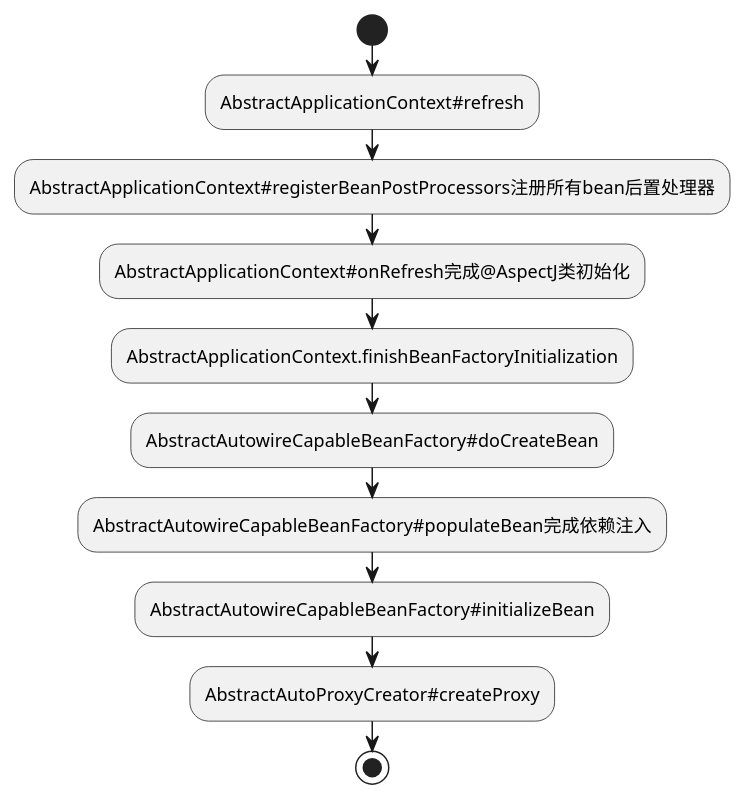
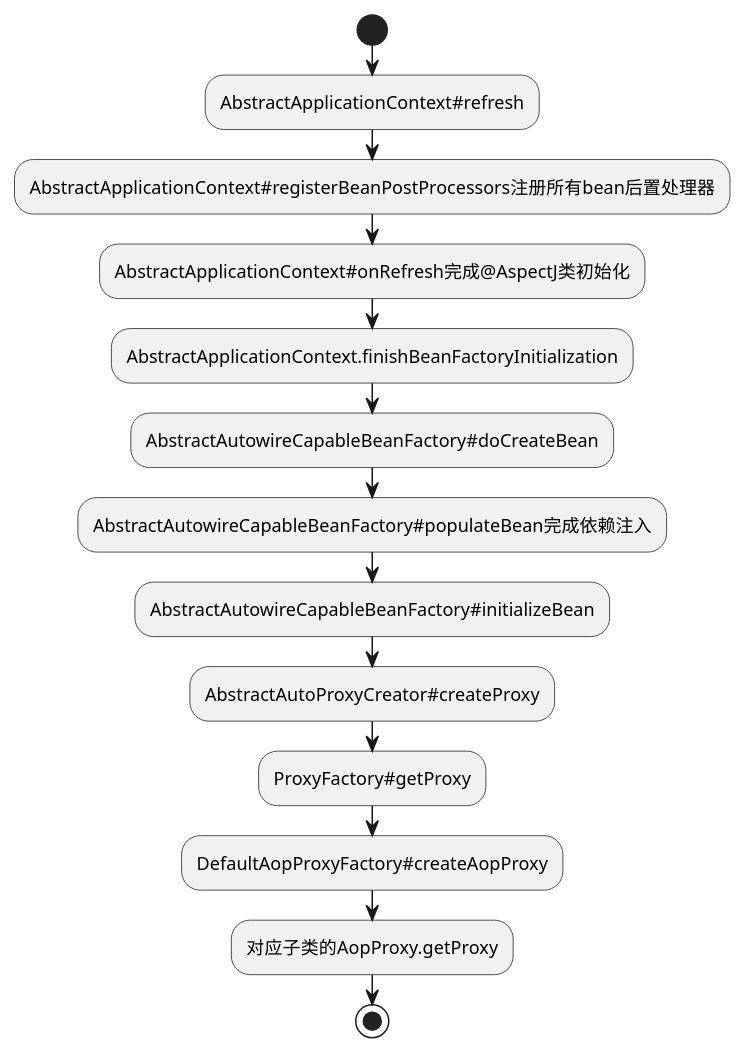
Before and after one commit to BinGithub2015/zhihu: the diagram in demo/uml/aop流程.puml, drawn with PlantUML. The commit also changed 7 other files, not shown here.

```diff
--- a/demo/uml/aop流程.puml
+++ b/demo/uml/aop流程.puml
@@ -1,12 +1,15 @@
 @startuml
 start
 :AbstractApplicationContext#refresh;
 :AbstractApplicationContext#registerBeanPostProcessors注册所有bean后置处理器;
 :AbstractApplicationContext#onRefresh完成@AspectJ类初始化;
 :AbstractApplicationContext.finishBeanFactoryInitialization;
 :AbstractAutowireCapableBeanFactory#doCreateBean;
 :AbstractAutowireCapableBeanFactory#populateBean完成依赖注入;
 :AbstractAutowireCapableBeanFactory#initializeBean;
 :AbstractAutoProxyCreator#createProxy;
+:ProxyFactory#getProxy;
+:DefaultAopProxyFactory#createAopProxy;
+:对应子类的AopProxy.getProxy;
 stop
 @enduml
```
